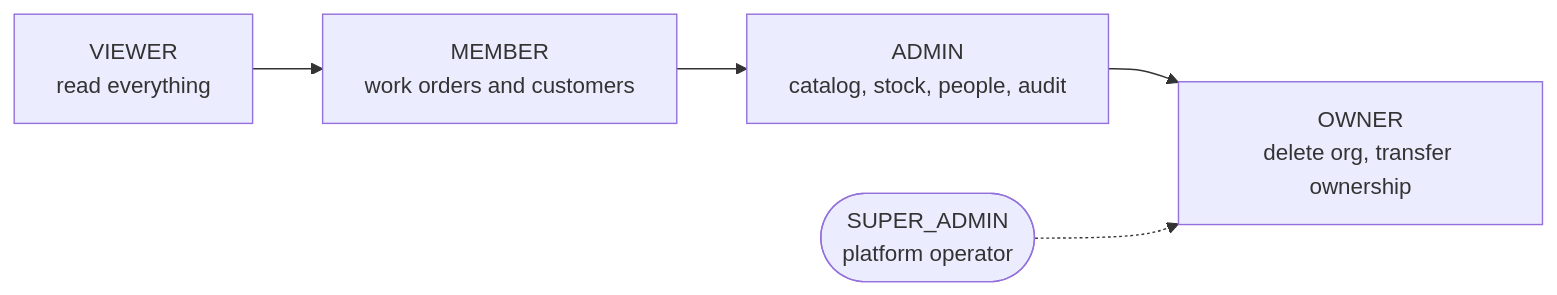
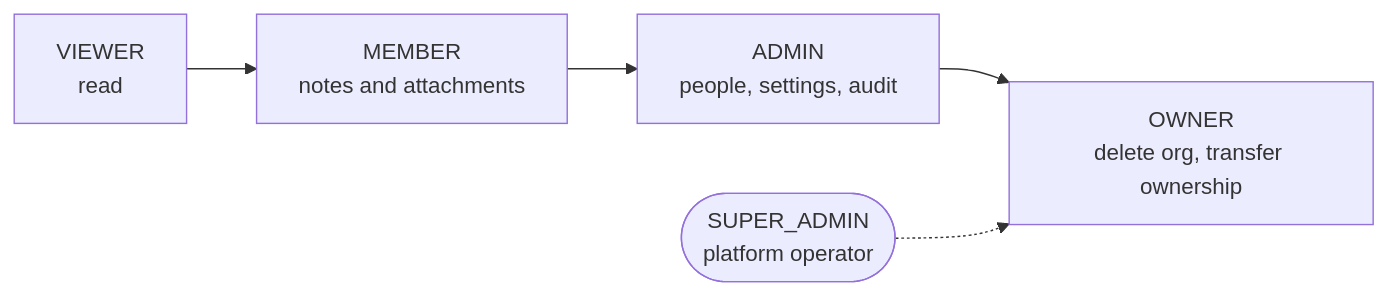
The fourth of 7 diagrams in README.md (josephstephen-dev/orderspace), drawn with Mermaid before and after one commit. The commit also changed other lines of this file, not shown here.

````diff
--- a/README.md
+++ b/README.md
@@ -375,5 +339,9 @@
 ```mermaid
+
 flowchart LR
-    V["VIEWER<br/>read everything"] --> M["MEMBER<br/>work orders and customers"] --> A["ADMIN<br/>catalog, stock, people, audit"] --> O["OWNER<br/>delete org, transfer ownership"]
-    S(["SUPER_ADMIN<br/>platform operator"]) -.-> O
+
+    V["VIEWER<br/>read"] --> M["MEMBER<br/>notes and attachments"] --> A["ADMIN<br/>people, settings, audit"] --> O["OWNER<br/>delete org, transfer ownership"]
+
+    S(["SUPER_ADMIN<br/>platform operator"]) -.-> O
+
 ```
````
